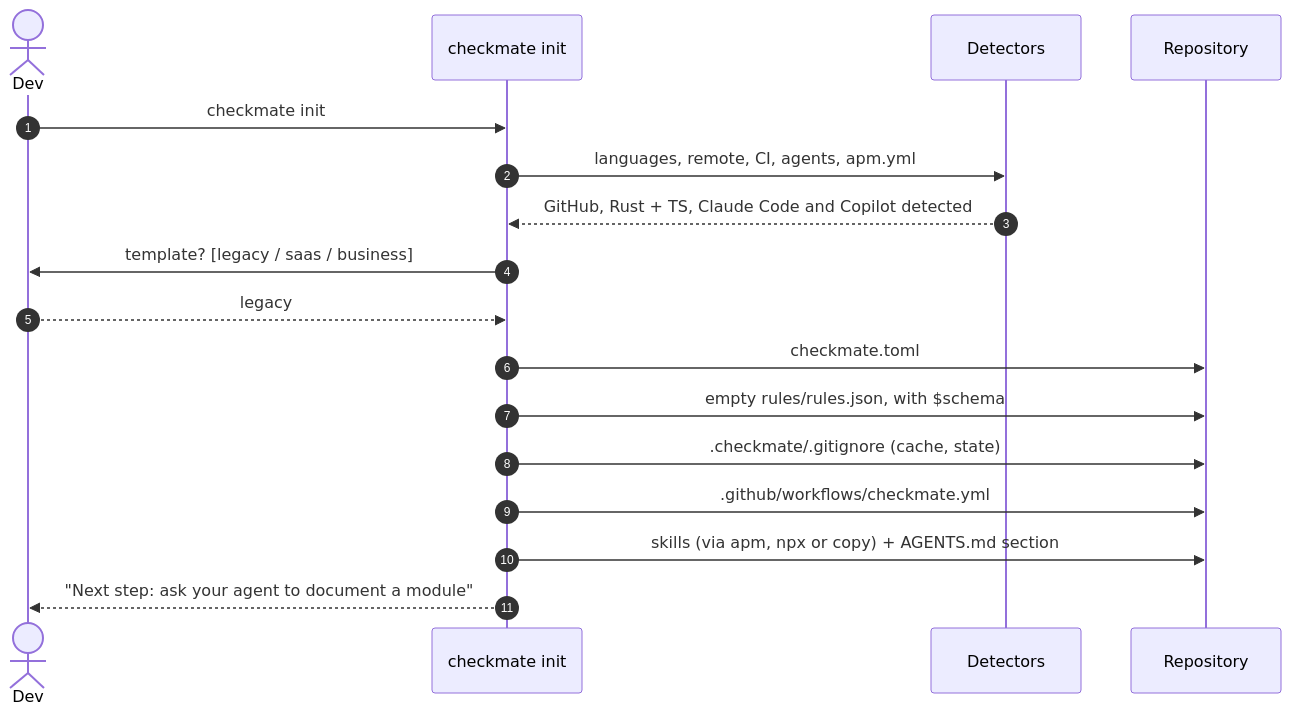
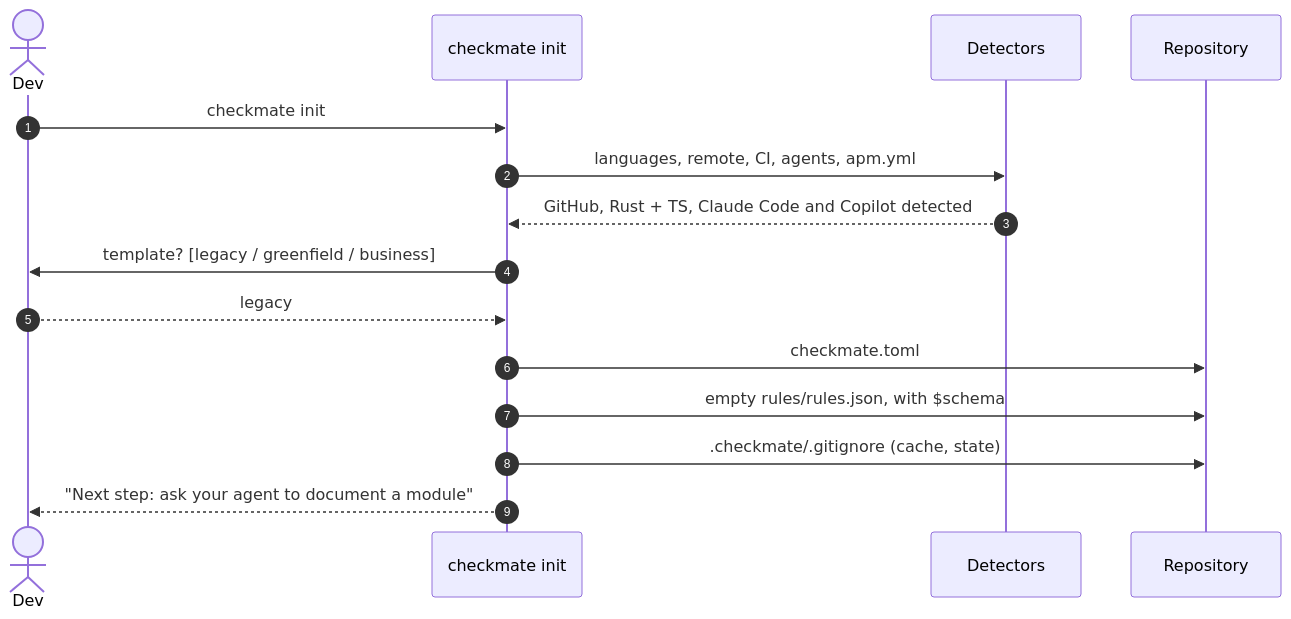
One commit to E-Jacques/Rulelink changed the fifth of 6 diagrams in docs/architecture/09-project-configuration.md. Above: the diagram before and after it, drawn with Mermaid. The commit also changed other lines of this file and 16 other files, not shown here.

````diff
--- a/docs/architecture/09-project-configuration.md
+++ b/docs/architecture/09-project-configuration.md
@@ -278,20 +278,18 @@
 ```mermaid
 sequenceDiagram
     autonumber
     actor Dev
     participant INIT as checkmate init
     participant DET as Detectors
     participant FS as Repository
 
     Dev->>INIT: checkmate init
     INIT->>DET: languages, remote, CI, agents, apm.yml
     DET-->>INIT: GitHub, Rust + TS, Claude Code and Copilot detected
-    INIT->>Dev: template? [legacy / saas / business]
+    INIT->>Dev: template? [legacy / greenfield / business]
     Dev-->>INIT: legacy
     INIT->>FS: checkmate.toml
     INIT->>FS: empty rules/rules.json, with $schema
     INIT->>FS: .checkmate/.gitignore (cache, state)
-    INIT->>FS: .github/workflows/checkmate.yml
-    INIT->>FS: skills (via apm, npx or copy) + AGENTS.md section
     INIT-->>Dev: "Next step: ask your agent to document a module"
 ```
````
